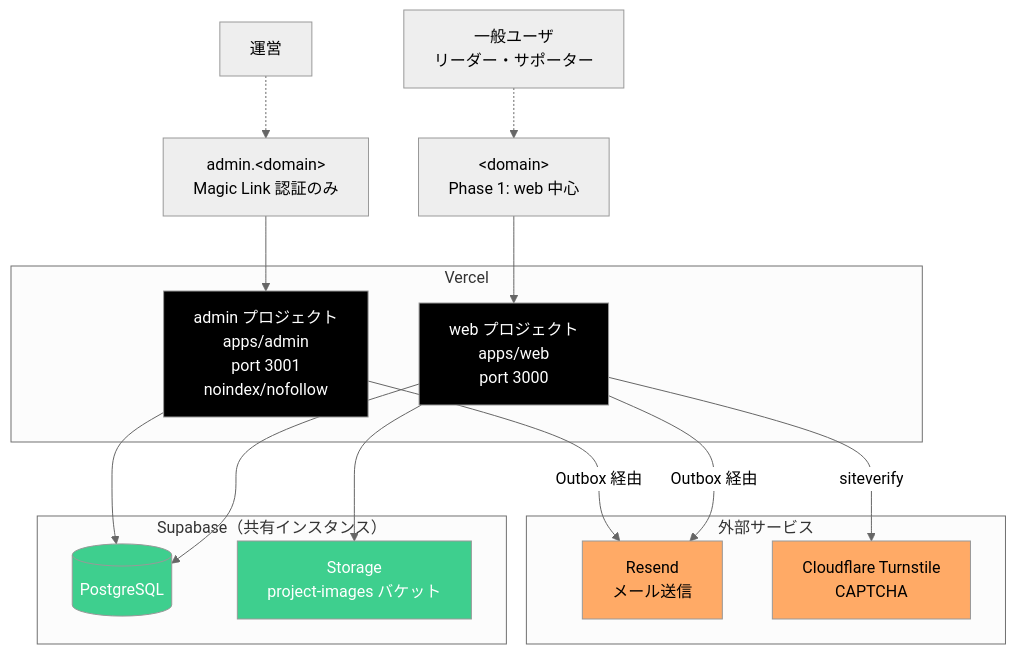
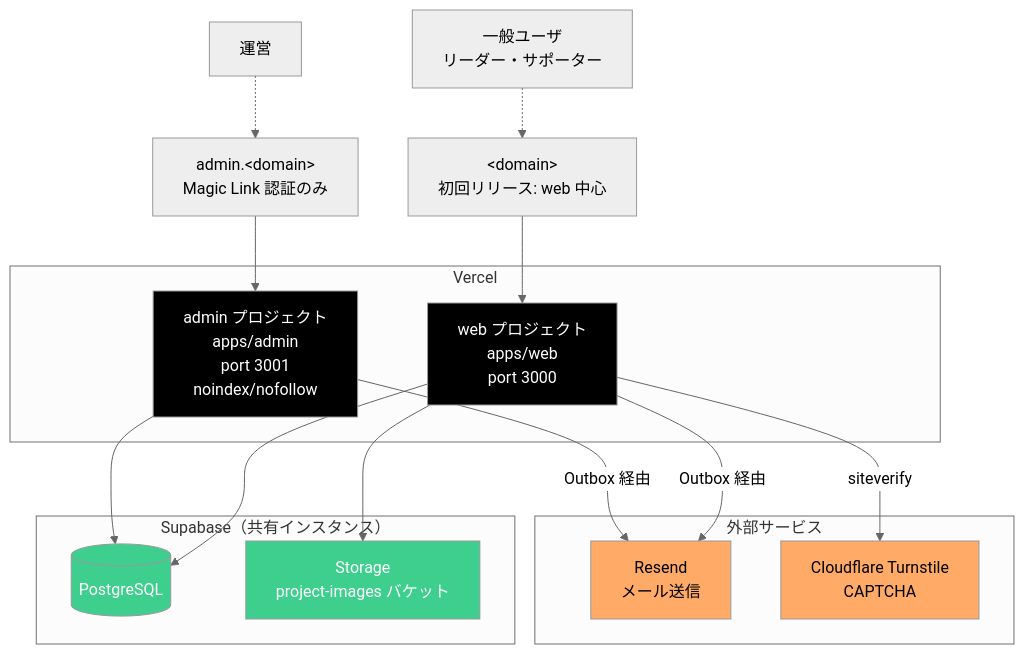
Before and after one commit to Physicalfunding/PhysiFun: the first of 8 diagrams in docs/specs/01_system-architecture.md, drawn with Mermaid (neutral theme). The commit also changed other lines of this file and 27 other files, not shown here.

````diff
--- a/docs/specs/01_system-architecture.md
+++ b/docs/specs/01_system-architecture.md
@@ -24,38 +24,38 @@
 ```mermaid
 flowchart TB
-    User[一般ユーザ<br/>リーダー・サポーター] -.-> WebDomain["&lt;domain&gt;<br/>Phase 1: web 中心"]
+    User[一般ユーザ<br/>リーダー・サポーター] -.-> WebDomain["&lt;domain&gt;<br/>初回リリース: web 中心"]
     Admin[運営] -.-> AdminDomain["admin.&lt;domain&gt;<br/>Magic Link 認証のみ"]
 
     subgraph Vercel["Vercel"]
         WebProj[web プロジェクト<br/>apps/web<br/>port 3000]
         AdminProj[admin プロジェクト<br/>apps/admin<br/>port 3001<br/>noindex/nofollow]
     end
 
     WebDomain --> WebProj
     AdminDomain --> AdminProj
 
     subgraph Supabase["Supabase（共有インスタンス）"]
         DB[(PostgreSQL)]
         Storage[Storage<br/>project-images バケット]
     end
 
     WebProj --> DB
     AdminProj --> DB
     WebProj --> Storage
 
     subgraph External["外部サービス"]
         Resend[Resend<br/>メール送信]
         Turnstile[Cloudflare Turnstile<br/>CAPTCHA]
     end
 
     WebProj -->|Outbox 経由| Resend
     AdminProj -->|Outbox 経由| Resend
     WebProj -->|siteverify| Turnstile
 
     classDef vercel fill:#000,color:#fff
     classDef supa fill:#3ecf8e,color:#fff
     classDef ext fill:#fa6,color:#000
     class WebProj,AdminProj vercel
     class DB,Storage supa
     class Resend,Turnstile ext
 ```
````
